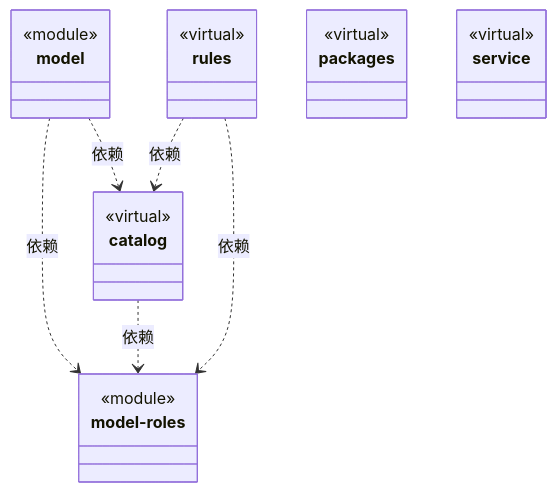
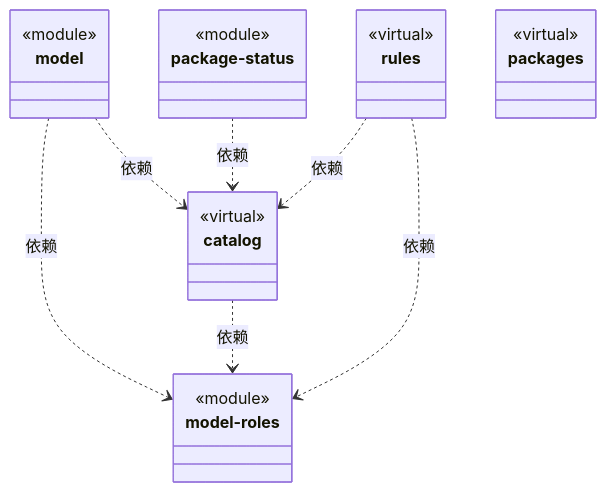
The first of 2 diagrams in src/logic/engines/ARCHITECTURE.md (nan023062/cbim), drawn with Mermaid before and after one commit. The commit also changed other lines of this file and 136 other files, not shown here.

````diff
--- a/src/logic/engines/ARCHITECTURE.md
+++ b/src/logic/engines/ARCHITECTURE.md
@@ -22,32 +31,33 @@
 ```mermaid
 classDiagram
 class N_36c40847e267["catalog"] {
   <<virtual>>
 }
 click N_36c40847e267 href "catalog/ARCHITECTURE.md"
 class N_9ff0aaf8adfd["model"] {
   <<module>>
 }
 click N_9ff0aaf8adfd href "model.ts"
+class N_e65a09462319["package-status"] {
+  <<module>>
+}
+click N_e65a09462319 href "package-status.ts"
 class N_34dfa9332b4d["model-roles"] {
   <<module>>
 }
 click N_34dfa9332b4d href "model-roles.ts"
 class N_871b142ffc88["rules"] {
   <<virtual>>
 }
 click N_871b142ffc88 href "rules/ARCHITECTURE.md"
 class N_e36725470015["packages"] {
   <<virtual>>
 }
 click N_e36725470015 href "packages/ARCHITECTURE.md"
-class N_c89715d50249["service"] {
-  <<virtual>>
-}
-click N_c89715d50249 href "service/ARCHITECTURE.md"
 N_9ff0aaf8adfd ..> N_34dfa9332b4d : 依赖
 N_9ff0aaf8adfd ..> N_36c40847e267 : 依赖
+N_e65a09462319 ..> N_36c40847e267 : 依赖
 N_36c40847e267 ..> N_34dfa9332b4d : 依赖
 N_871b142ffc88 ..> N_34dfa9332b4d : 依赖
 N_871b142ffc88 ..> N_36c40847e267 : 依赖
 ```
````
